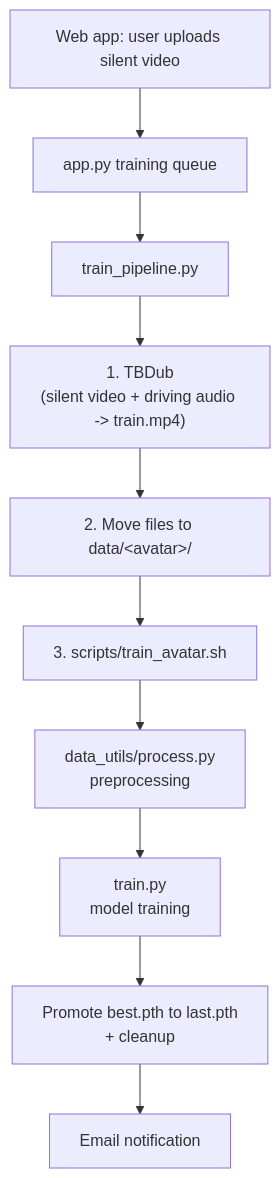
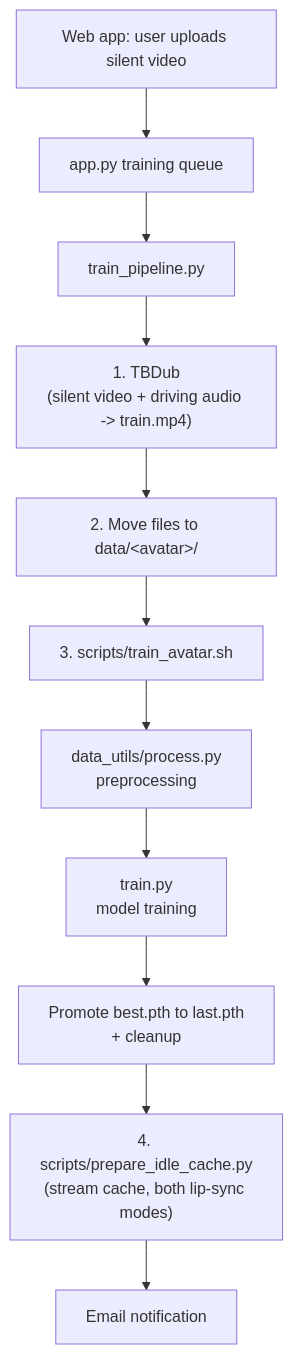
One commit to Born-Digital-AI/FeatherTalk changed the diagram in README_training.md. Above: the diagram before and after it, drawn with Mermaid. The commit also changed other lines of this file and 4 other files, not shown here.

Commit message:
Prepare idle stream cache during avatar training

````diff
--- a/README_training.md
+++ b/README_training.md
@@ -7,12 +7,13 @@
 ```mermaid
 flowchart TD
     A[Web app: user uploads silent video] --> B[app.py training queue]
     B --> C[train_pipeline.py]
     C --> D["1. TBDub<br/>(silent video + driving audio -> train.mp4)"]
     D --> E["2. Move files to data/&lt;avatar&gt;/"]
     E --> F["3. scripts/train_avatar.sh"]
     F --> F1[data_utils/process.py<br/>preprocessing]
     F1 --> F2[train.py<br/>model training]
     F2 --> F3[Promote best.pth to last.pth<br/>+ cleanup]
-    F3 --> G[Email notification]
+    F3 --> H["4. scripts/prepare_idle_cache.py<br/>(stream cache, both lip-sync modes)"]
+    H --> G[Email notification]
 ```
````
